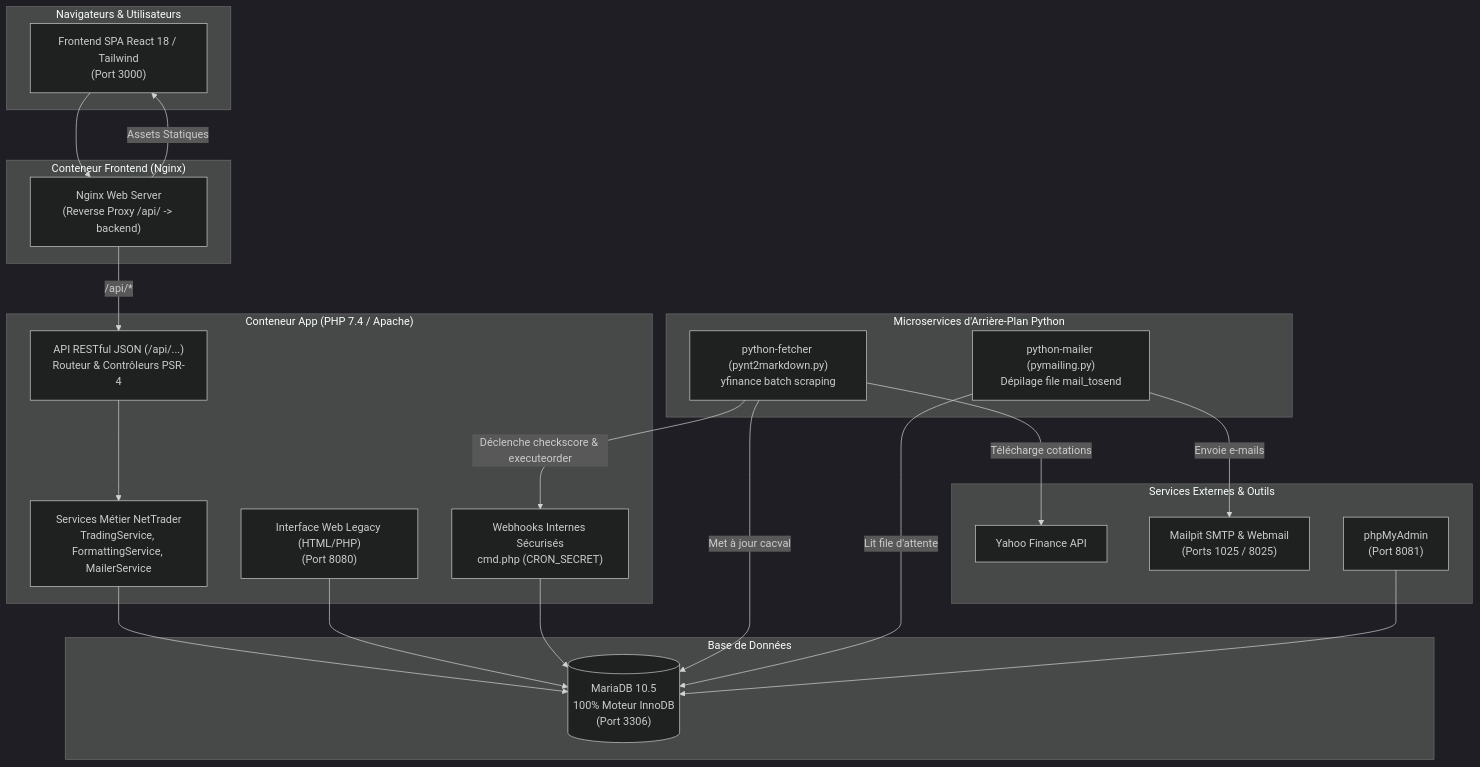
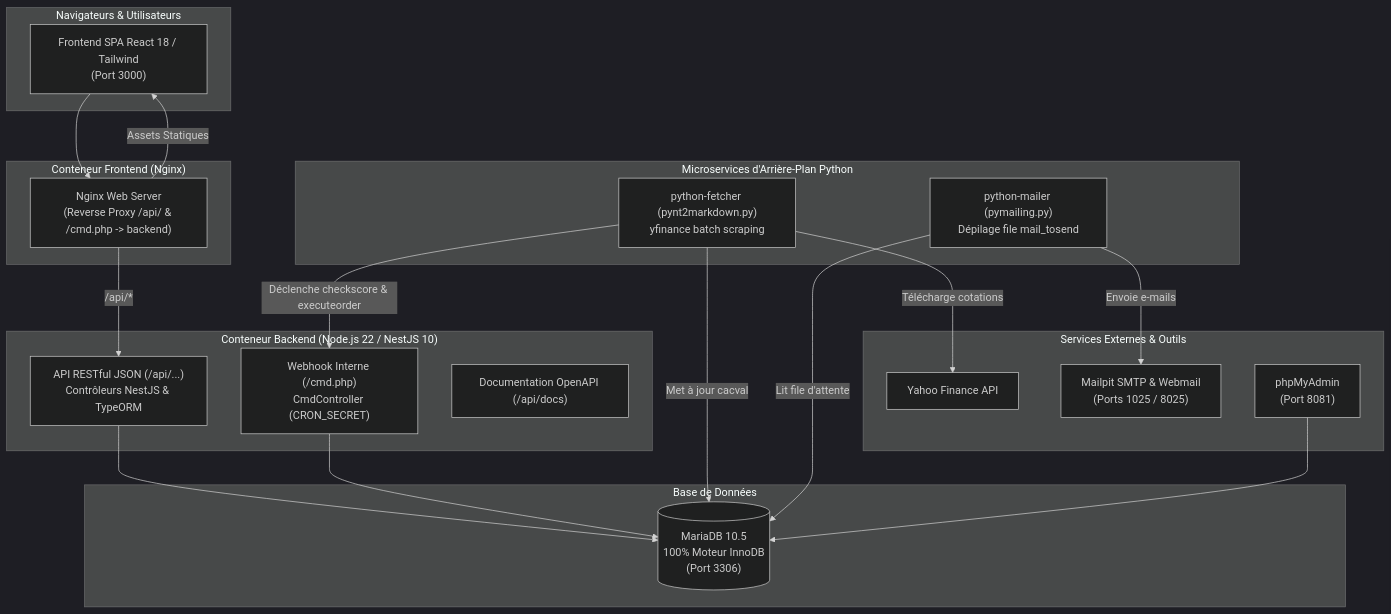
The diagram in README.md (tetrok/nettrader), drawn with Mermaid (dark theme) before and after one commit. The commit also changed other lines of this file and 174 other files, not shown here.

Commit message:
chore: remove PHP legacy stack in favor of Node.js NestJS backend

````diff
--- a/README.md
+++ b/README.md
@@ -36,48 +36,45 @@
 ```mermaid
 flowchart TB
     subgraph Clients ["Navigateurs & Utilisateurs"]
         SPA["Frontend SPA React 18 / Tailwind<br/>(Port 3000)"]
     end
 
     subgraph ReverseProxy ["Conteneur Frontend (Nginx)"]
-        NGX["Nginx Web Server<br/>(Reverse Proxy /api/ -> backend)"]
+        NGX["Nginx Web Server<br/>(Reverse Proxy /api/ & /cmd.php -> backend)"]
     end
 
-    subgraph Backend ["Conteneur App (PHP 7.4 / Apache)"]
-        API["API RESTful JSON (/api/...)<br/>Routeur & Contrôleurs PSR-4"]
-        LEGACY["Interface Web Legacy (HTML/PHP)<br/>(Port 8080)"]
-        SRV["Services Métier NetTrader<br/>TradingService, FormattingService, MailerService"]
-        CMD["Webhooks Internes Sécurisés<br/>cmd.php (CRON_SECRET)"]
+    subgraph Backend ["Conteneur Backend (Node.js 22 / NestJS 10)"]
+        API["API RESTful JSON (/api/...)<br/>Contrôleurs NestJS & TypeORM"]
+        CMD_CTRL["Webhook Interne (/cmd.php)<br/>CmdController (CRON_SECRET)"]
+        SWAGGER["Documentation OpenAPI (/api/docs)"]
     end
 
     subgraph Workers ["Microservices d'Arrière-Plan Python"]
         FETCH["python-fetcher (pynt2markdown.py)<br/>yfinance batch scraping"]
         MAIL["python-mailer (pymailing.py)<br/>Dépilage file mail_tosend"]
     end
 
     subgraph External ["Services Externes & Outils"]
         YF["Yahoo Finance API"]
         MAILPIT["Mailpit SMTP & Webmail<br/>(Ports 1025 / 8025)"]
         PMA["phpMyAdmin<br/>(Port 8081)"]
     end
 
     subgraph Storage ["Base de Données"]
         DB[("MariaDB 10.5<br/>100% Moteur InnoDB<br/>(Port 3306)")]
     end
 
     SPA --> NGX
     NGX -->|Assets Statiques| SPA
     NGX -->|/api/*| API
-    API --> SRV
-    SRV --> DB
-    LEGACY --> DB
-    CMD --> DB
+    API --> DB
+    CMD_CTRL --> DB
 
     FETCH -->|Télécharge cotations| YF
     FETCH -->|Met à jour cacval| DB
-    FETCH -->|Déclenche checkscore & executeorder| CMD
+    FETCH -->|Déclenche checkscore & executeorder| CMD_CTRL
 
     MAIL -->|Lit file d'attente| DB
     MAIL -->|Envoie e-mails| MAILPIT
     PMA --> DB
 ```
````
